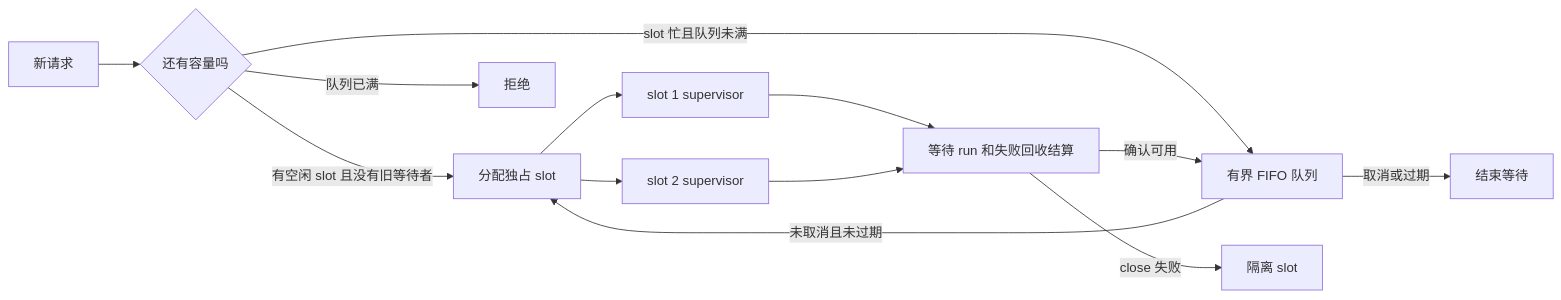
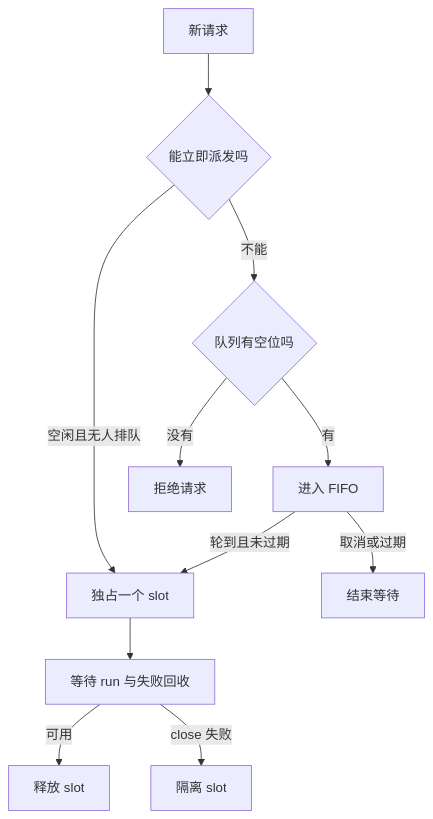
Before and after one commit to eriklee1895/hands-on-dsh: the diagram in labs/runtime-supervision/POOL.md, drawn with Mermaid. The commit also changed other lines of this file and 86 other files, not shown here.

Commit message:
docs: improve course narrative, technical guidance, and diagrams

````diff
--- a/labs/runtime-supervision/POOL.md
+++ b/labs/runtime-supervision/POOL.md
@@ -31,15 +33,13 @@
 ```mermaid
-flowchart LR
-    Input[新请求] --> Admission{还有容量吗}
-    Admission -->|有空闲 slot 且没有旧等待者| Dispatch[分配独占 slot]
-    Admission -->|slot 忙且队列未满| Queue[有界 FIFO 队列]
-    Admission -->|队列已满| Reject[拒绝]
-    Queue -->|未取消且未过期| Dispatch
+flowchart TD
+    Input[新请求] --> Admission{能立即派发吗}
+    Admission -->|空闲且无人排队| Dispatch[独占一个 slot]
+    Admission -->|不能| Capacity{队列有空位吗}
+    Capacity -->|有| Queue[进入 FIFO]
+    Capacity -->|没有| Reject[拒绝请求]
+    Queue -->|轮到且未过期| Dispatch
     Queue -->|取消或过期| EndWait[结束等待]
-    Dispatch --> S1[slot 1 supervisor]
-    Dispatch --> S2[slot 2 supervisor]
-    S1 --> Settle[等待 run 和失败回收结算]
-    S2 --> Settle
-    Settle -->|确认可用| Queue
+    Dispatch --> Settle[等待 run 与失败回收]
+    Settle -->|可用| Release[释放 slot]
     Settle -->|close 失败| Quarantine[隔离 slot]
 ```
````
